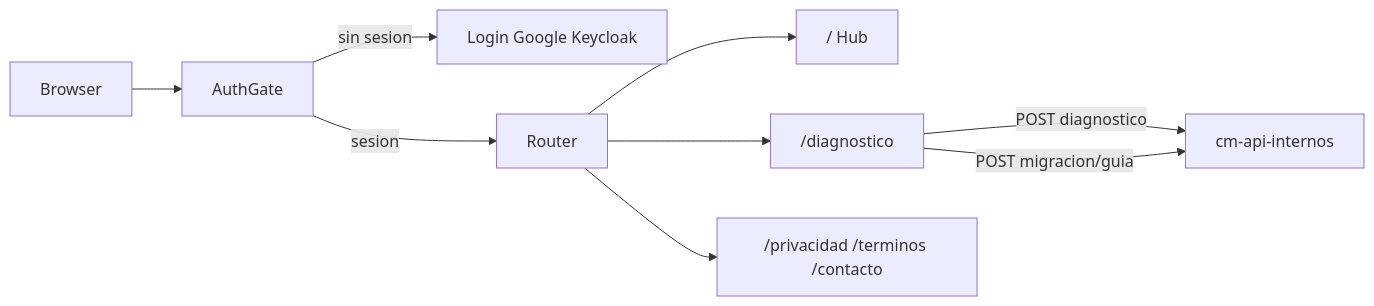
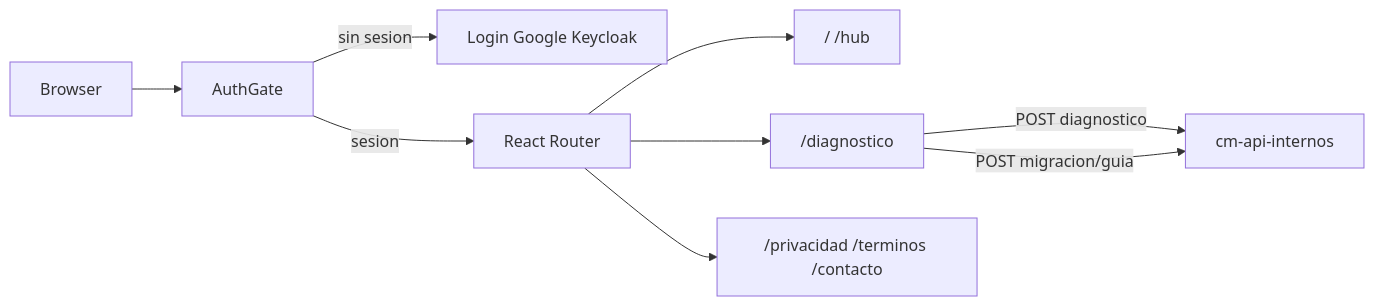
One commit to MateoRuiz123/cm-toolbox-front changed the diagram in README.md. Above: the diagram before and after it, drawn with Mermaid. The commit also changed other lines of this file and 44 other files, not shown here.

First line of the commit message:
feat(toolbox): integrar smoothui, react router y suite de pruebas

````diff
--- a/README.md
+++ b/README.md
@@ -11,11 +11,11 @@
 ```mermaid
 flowchart LR
   Browser --> AuthGate
   AuthGate -->|sin sesion| Login[Login Google Keycloak]
-  AuthGate -->|sesion| Router
-  Router --> Hub["/ Hub"]
-  Router --> Diag["/diagnostico"]
-  Router --> Legal["/privacidad /terminos /contacto"]
+  AuthGate -->|sesion| ReactRouter[React Router]
+  ReactRouter --> Hub["/ /hub"]
+  ReactRouter --> Diag["/diagnostico"]
+  ReactRouter --> Legal["/privacidad /terminos /contacto"]
   Diag -->|POST diagnostico| ApiInternos[cm-api-internos]
   Diag -->|POST migracion/guia| ApiInternos
 ```
````
